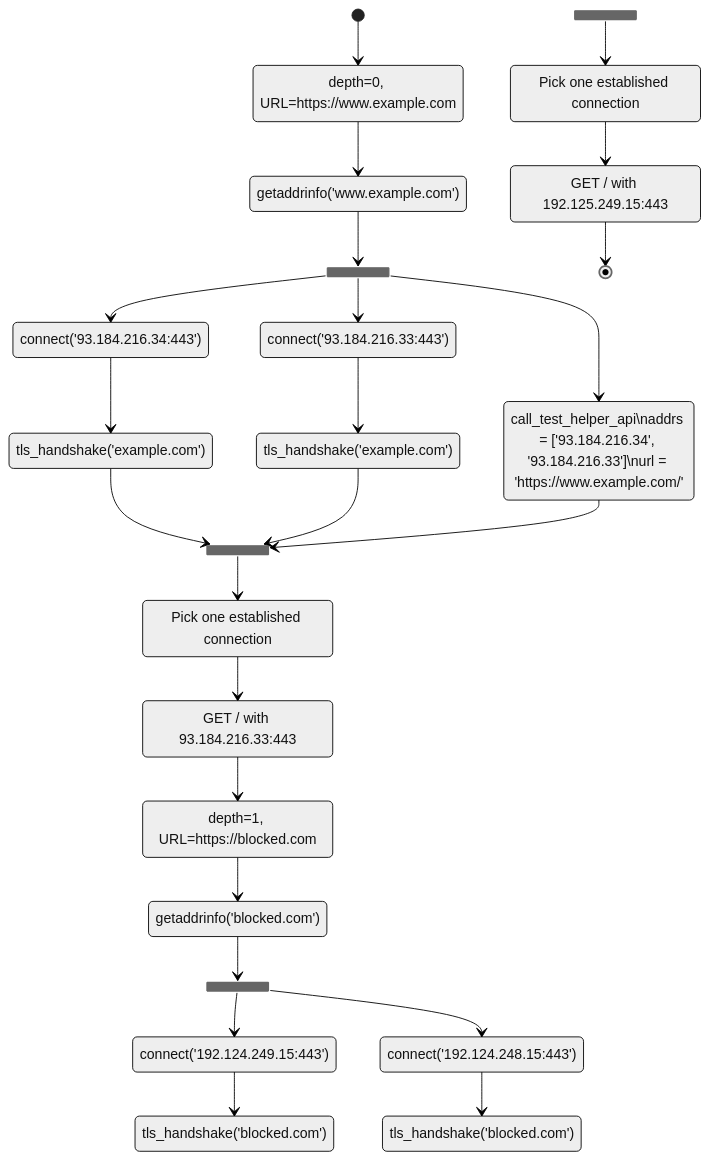
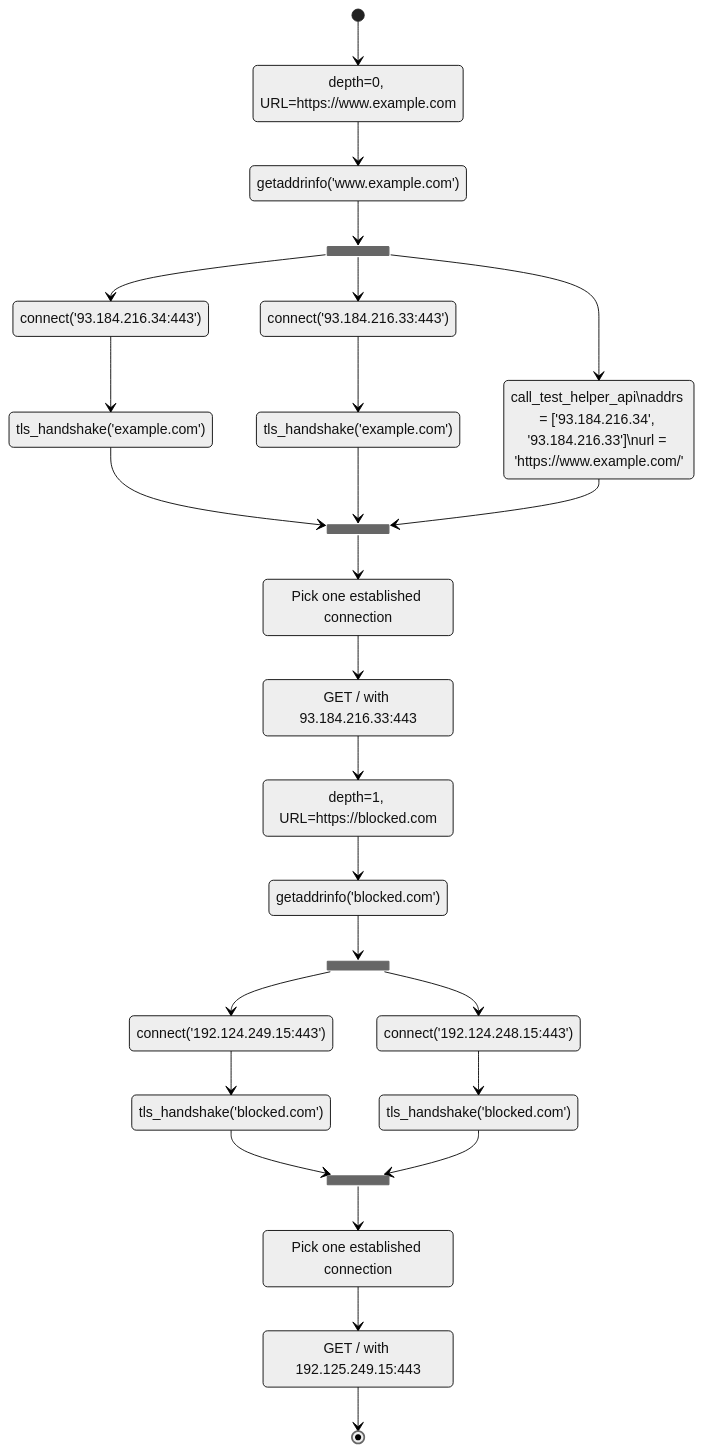
The third of 3 diagrams in nettests/ts-017-web-connectivity.md (ooni/spec), drawn with Mermaid (neutral theme) before and after one commit.

````diff
--- a/nettests/ts-017-web-connectivity.md
+++ b/nettests/ts-017-web-connectivity.md
@@ -294,47 +294,49 @@
 ```mermaid
 stateDiagram-v2
   state "depth=0, URL=https://www.example.com" as S0
   state "getaddrinfo('www.example.com')" as S1
   [*] --> S0
   S0 --> S1
   state S2 <<fork>>
   S1 -->S2
   state "connect('93.184.216.34:443')" as S3
   state "connect('93.184.216.33:443')" as S4
   S2 --> S3
   S2 --> S4
   state "tls_handshake('example.com')" as S5
   state "tls_handshake('example.com')" as S6
   S3 --> S5
   S4 --> S6
   state "call_test_helper_api\naddrs = ['93.184.216.34', '93.184.216.33']\nurl = 'https://www.example.com/'" as S7
   S2 --> S7
   state S8 <<join>>
   S5 --> S8
   S6 --> S8
   S7 --> S8
   state "Pick one established connection" as S9
   S8 --> S9
   state "GET / with 93.184.216.33:443" as S10
   S9 --> S10
   state "depth=1, URL=https://blocked.com" as S11
   S10 --> S11
   state "getaddrinfo('blocked.com')" as S12
   S11 --> S12
   state S13 <<fork>>
   S12 --> S13
   state "connect('192.124.249.15:443')" as S14
   state "connect('192.124.248.15:443')" as S15
   S13 --> S14
   S13 --> S15
   state "tls_handshake('blocked.com')" as S16
   state "tls_handshake('blocked.com')" as S17
   S14 --> S16
   S15 --> S17
   state S18 <<join>>
+  S16 --> S18
+  S17 --> S18
   state "Pick one established connection" as S19
   S18 --> S19
   state "GET / with 192.125.249.15:443" as S20
   S19 --> S20
   S20 --> [*]
 ```
````
